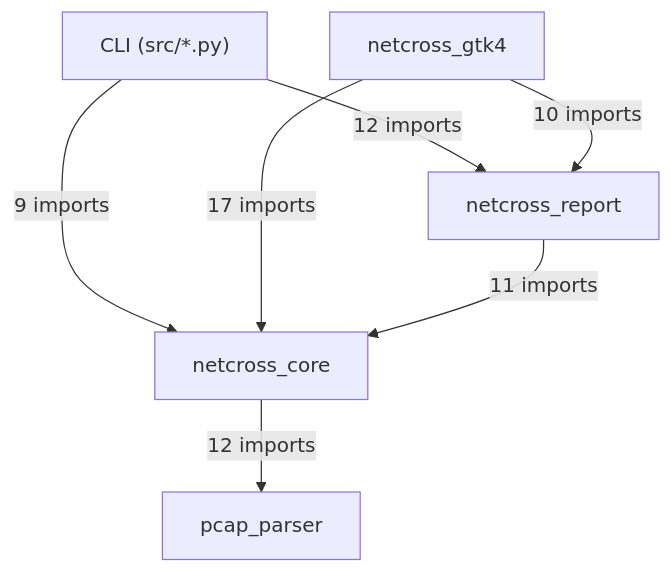
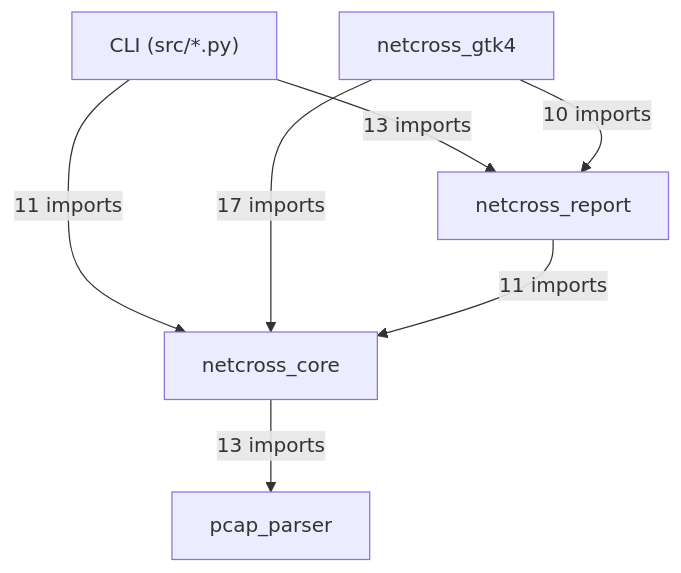
One commit to MathildeDec/Netcross changed the first of 10 diagrams in docs/class-diagram.md. Above: the diagram before and after it, drawn with Mermaid. The commit also changed other lines of this file and 1 other file, not shown here.

First line of the commit message:
Cablage CLI de --security-report/--cve-db (issue #139) : piece manquante du commit precedent

````diff
--- a/docs/class-diagram.md
+++ b/docs/class-diagram.md
@@ -26,14 +26,14 @@
 ```mermaid
 flowchart TD
     CLI["CLI (src/*.py)"]
     netcross_gtk4["netcross_gtk4"]
     netcross_report["netcross_report"]
     netcross_core["netcross_core"]
     pcap_parser["pcap_parser"]
-    CLI -->|"12 imports"| netcross_report
-    CLI -->|"9 imports"| netcross_core
+    CLI -->|"13 imports"| netcross_report
+    CLI -->|"11 imports"| netcross_core
     netcross_gtk4 -->|"10 imports"| netcross_report
     netcross_gtk4 -->|"17 imports"| netcross_core
     netcross_report -->|"11 imports"| netcross_core
-    netcross_core -->|"12 imports"| pcap_parser
+    netcross_core -->|"13 imports"| pcap_parser
 ```
````
